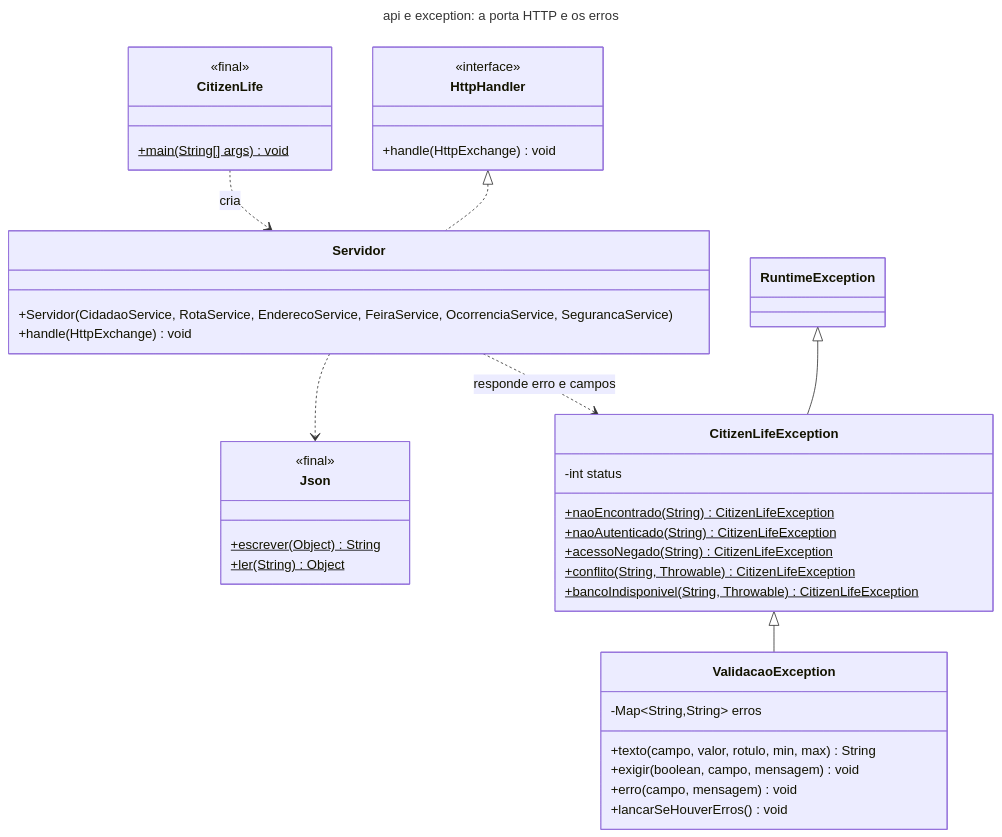
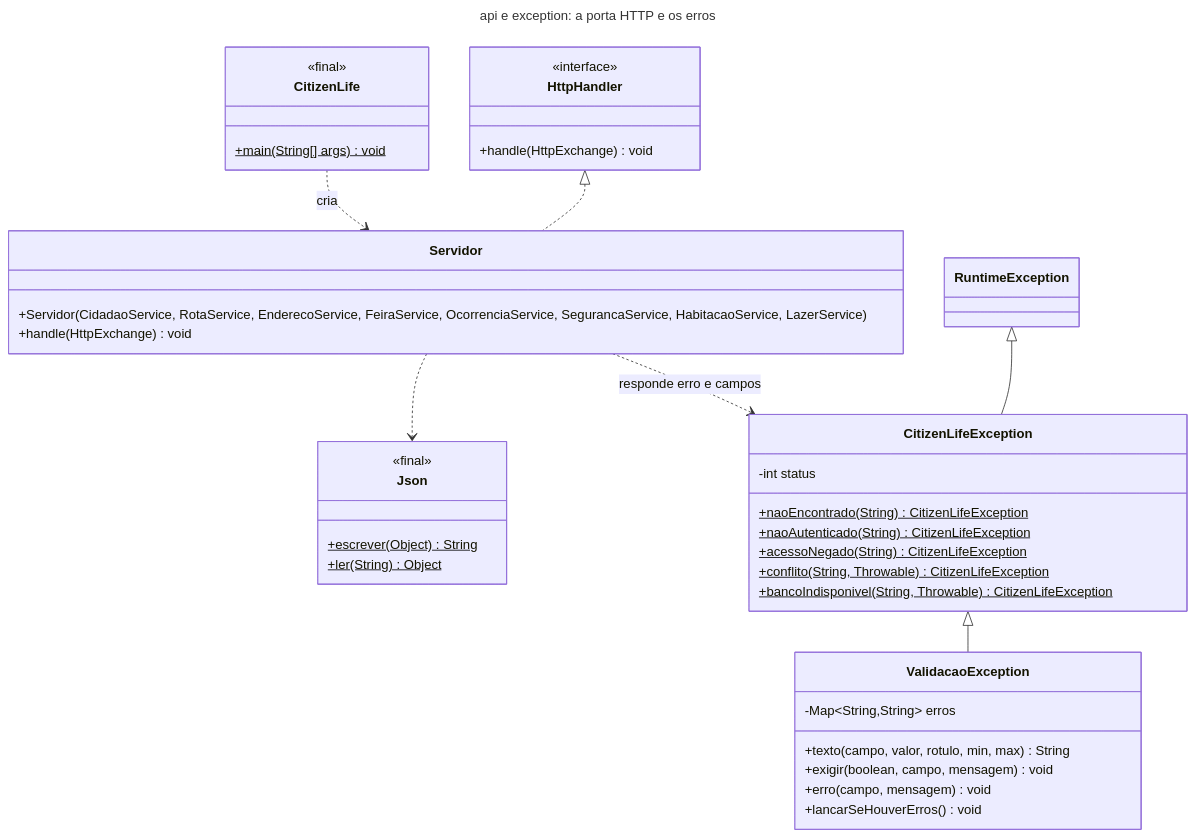
One commit to lucasakira3/CitizenLife changed the diagram in docs/diagramas/classes-4-api.mmd. Above: the diagram before and after it, drawn with Mermaid. The commit also changed 41 other files, not shown here.

```diff
--- a/docs/diagramas/classes-4-api.mmd
+++ b/docs/diagramas/classes-4-api.mmd
@@ -1,44 +1,44 @@
 ---
 title: "api e exception: a porta HTTP e os erros"
 ---
 classDiagram
     direction TB
     class CitizenLife {
         <<final>>
         +main(String[] args)$ void
     }
     class HttpHandler {
         <<interface>>
         +handle(HttpExchange) void
     }
     class Servidor {
-        +Servidor(CidadaoService, RotaService, EnderecoService, FeiraService, OcorrenciaService, SegurancaService)
+        +Servidor(CidadaoService, RotaService, EnderecoService, FeiraService, OcorrenciaService, SegurancaService, HabitacaoService, LazerService)
         +handle(HttpExchange) void
     }
     class Json {
         <<final>>
         +escrever(Object)$ String
         +ler(String)$ Object
     }
     class RuntimeException
     class CitizenLifeException {
         -int status
         +naoEncontrado(String)$ CitizenLifeException
         +naoAutenticado(String)$ CitizenLifeException
         +acessoNegado(String)$ CitizenLifeException
         +conflito(String, Throwable)$ CitizenLifeException
         +bancoIndisponivel(String, Throwable)$ CitizenLifeException
     }
     class ValidacaoException {
         -Map~String,String~ erros
         +texto(campo, valor, rotulo, min, max) String
         +exigir(boolean, campo, mensagem) void
         +erro(campo, mensagem) void
         +lancarSeHouverErros() void
     }
     CitizenLife ..> Servidor : cria
     HttpHandler <|.. Servidor
     Servidor ..> Json
     Servidor ..> CitizenLifeException : responde erro e campos
     RuntimeException <|-- CitizenLifeException
     CitizenLifeException <|-- ValidacaoException
```
